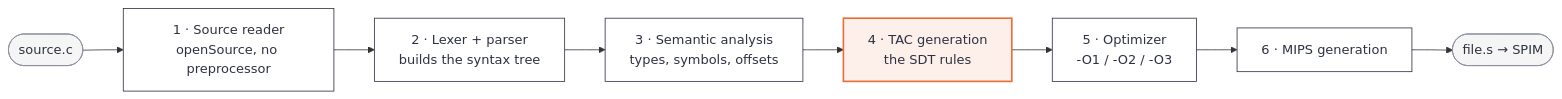
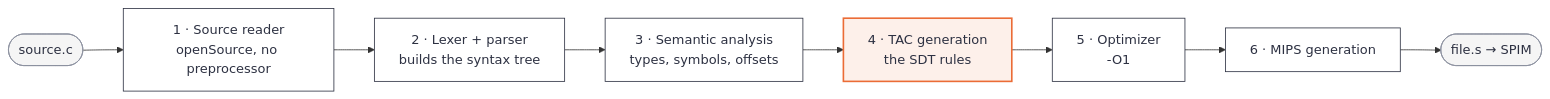
One commit to migikun474/COMPILER-DESIGN changed the first of 14 diagrams in docs/TRANSLATION.md. Above: the diagram before and after it, drawn with Mermaid. The commit also changed 334 other files, not shown here.

````diff
--- a/docs/TRANSLATION.md
+++ b/docs/TRANSLATION.md
@@ -37,17 +37,17 @@
 ```mermaid
 flowchart LR
     SRC(["source.c"]) --> PP["1 · Source reader<br/>openSource, no preprocessor"]
     PP --> PARSE["2 · Lexer + parser<br/>builds the syntax tree"]
     PARSE --> SEM["3 · Semantic analysis<br/>types, symbols, offsets"]
     SEM --> TAC["4 · TAC generation<br/>the SDT rules"]
-    TAC --> OPT["5 · Optimizer<br/>-O1 / -O2 / -O3"]
+    TAC --> OPT["5 · Optimizer<br/>-O1"]
     OPT --> MIPS["6 · MIPS generation"]
     MIPS --> OUT(["file.s → SPIM"])
 
     classDef pass fill:#ffffff,stroke:#2d3142,color:#2d3142
     classDef focal fill:#fdf0ea,stroke:#eb6c36,color:#2d3142,stroke-width:2px
     classDef io fill:#f5f5f5,stroke:#8a8f9e,color:#2d3142
     class PP,PARSE,SEM,OPT,MIPS pass
     class TAC focal
     class SRC,OUT io
 ```
````
